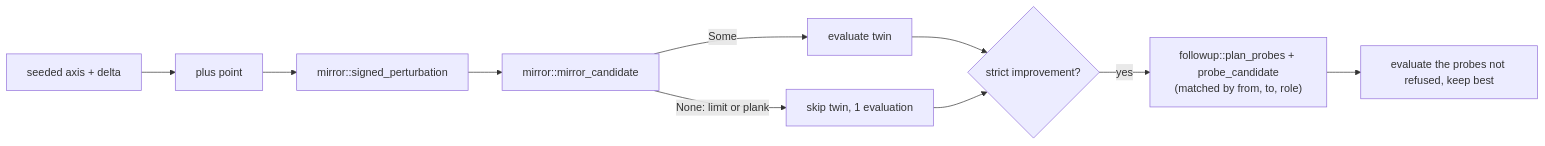
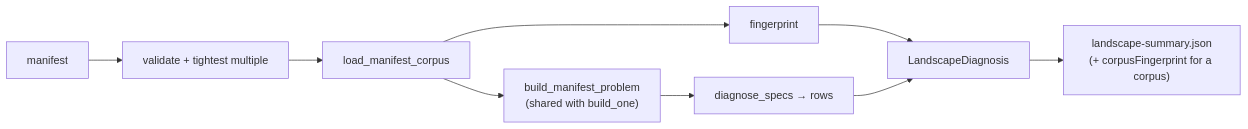
One commit to stSoftwareAU/NEAT-AI-Lamarck changed the diagram in docs/archive/pr-summaries/pr-summary-266.md. Above: the diagram before and after it, drawn with Mermaid. The commit also changed other lines of this file and 1 other file, not shown here.

First line of the commit message:
Re-wrap the diagnose_manifest doc and write the PR summary (Issue #266)

````diff
--- a/docs/archive/pr-summaries/pr-summary-266.md
+++ b/docs/archive/pr-summaries/pr-summary-266.md
@@ -47,12 +40,11 @@
 ```mermaid
 flowchart LR
-    R[seeded axis + delta] --> P[plus point]
-    P --> S[mirror::signed_perturbation]
-    S --> M[mirror::mirror_candidate]
-    M -->|Some| T[evaluate twin]
-    M -->|None: limit or plank| K[skip twin, 1 evaluation]
-    T --> A{strict improvement?}
-    K --> A
-    A -->|yes| F["followup::plan_probes + probe_candidate<br/>(matched by from, to, role)"]
-    F --> E[evaluate the probes not refused, keep best]
+    M[manifest] --> V[validate + tightest multiple]
+    V --> L[load_manifest_corpus]
+    L --> F[fingerprint]
+    L --> B["build_manifest_problem<br/>(shared with build_one)"]
+    B --> D[diagnose_specs → rows]
+    F --> S[LandscapeDiagnosis]
+    D --> S
+    S --> J["landscape-summary.json<br/>(+ corpusFingerprint for a corpus)"]
 ```
````
